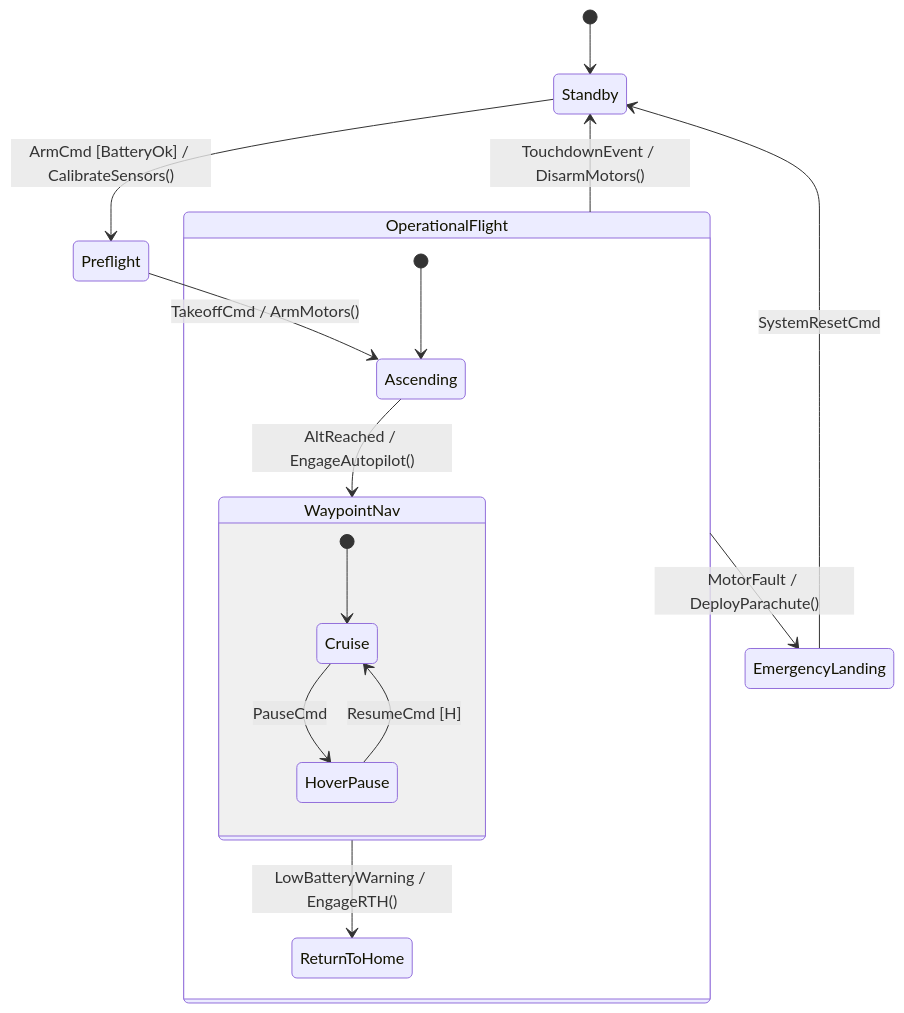
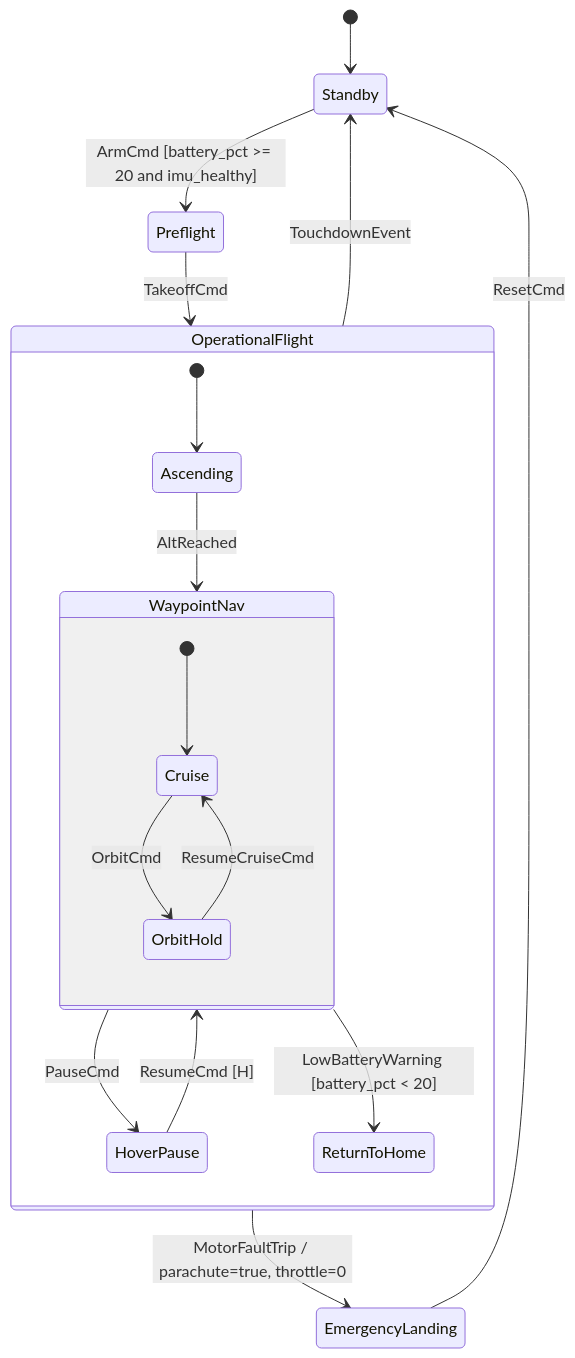
Before and after one commit to simoneCavalleri/fsmc: the diagram in docs/tutorials/06_real_world_case_study.md, drawn with Mermaid. The commit also changed other lines of this file and 6 other files, not shown here.

````diff
--- a/docs/tutorials/06_real_world_case_study.md
+++ b/docs/tutorials/06_real_world_case_study.md
@@ -13,22 +14,24 @@
 ```mermaid
 stateDiagram-v2
     [*] --> Standby
-    Standby --> Preflight : ArmCmd [BatteryOk] / CalibrateSensors()
-    Preflight --> Ascending : TakeoffCmd / ArmMotors()
-    
+    Standby --> Preflight : ArmCmd [battery_pct >= 20 and imu_healthy]
+    Preflight --> OperationalFlight : TakeoffCmd
+
     state OperationalFlight {
         [*] --> Ascending
-        Ascending --> WaypointNav : AltReached / EngageAutopilot()
-        WaypointNav --> ReturnToHome : LowBatteryWarning / EngageRTH()
-        
+        Ascending --> WaypointNav : AltReached
+        WaypointNav --> HoverPause : PauseCmd
+        HoverPause --> WaypointNav : ResumeCmd [H]
+        WaypointNav --> ReturnToHome : LowBatteryWarning [battery_pct < 20]
+
         state WaypointNav {
             [*] --> Cruise
-            Cruise --> HoverPause : PauseCmd
-            HoverPause --> Cruise : ResumeCmd [H]
+            Cruise --> OrbitHold : OrbitCmd
+            OrbitHold --> Cruise : ResumeCruiseCmd
         }
     }
-    
-    OperationalFlight --> EmergencyLanding : MotorFault / DeployParachute()
-    OperationalFlight --> Standby : TouchdownEvent / DisarmMotors()
-    EmergencyLanding --> Standby : SystemResetCmd
+
+    OperationalFlight --> EmergencyLanding : MotorFaultTrip / parachute=true, throttle=0
+    OperationalFlight --> Standby : TouchdownEvent
+    EmergencyLanding --> Standby : ResetCmd
 ```
````
